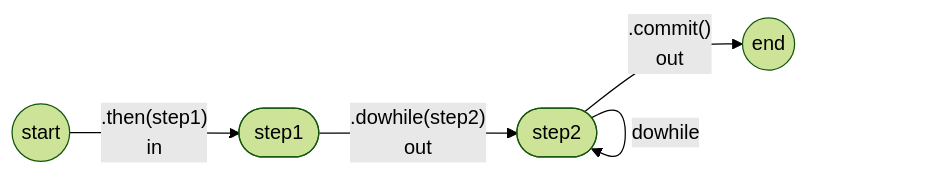
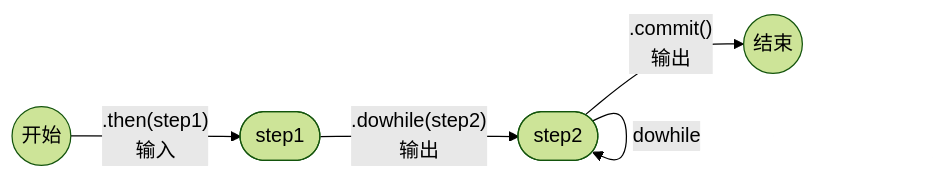
Before and after one commit to youngjunning/mastra.youngjunning.com: the sixth of 7 diagrams in i18n/zh-CN/docusaurus-plugin-content-docs/current/workflows/control-flow.mdx, drawn with Mermaid (forest theme). The commit also changed other lines of this file and 3073 other files, not shown here.

````diff
--- a/i18n/zh-CN/docusaurus-plugin-content-docs/current/workflows/control-flow.mdx
+++ b/i18n/zh-CN/docusaurus-plugin-content-docs/current/workflows/control-flow.mdx
@@ -597,11 +597,11 @@
 ```mermaid
 flowchart LR
-  accTitle: Repeat a workflow step with dowhile
-  accDescr: The workflow runs step1, then repeats step2 while its condition remains true before continuing to the end.
-  start(( start )) -->|".then(step1)"<br/>in| step1([step1])
-  step1 -->|".dowhile(step2)"<br/>out| step2([step2])
-  step2 -->|".commit()"<br/>out| endNode(( end ))
+  accTitle: 使用 dowhile 重复执行 Workflow 步骤
+  accDescr: Workflow 先运行 step1，再在条件成立期间重复运行 step2，然后结束。
+  start(( 开始 )) -->|".then(step1)"<br/>输入| step1([step1])
+  step1 -->|".dowhile(step2)"<br/>输出| step2([step2])
+  step2 -->|".commit()"<br/>输出| endNode(( 结束 ))
   step2 -- dowhile --> step2
 
   class endNode accent
 ```
````
